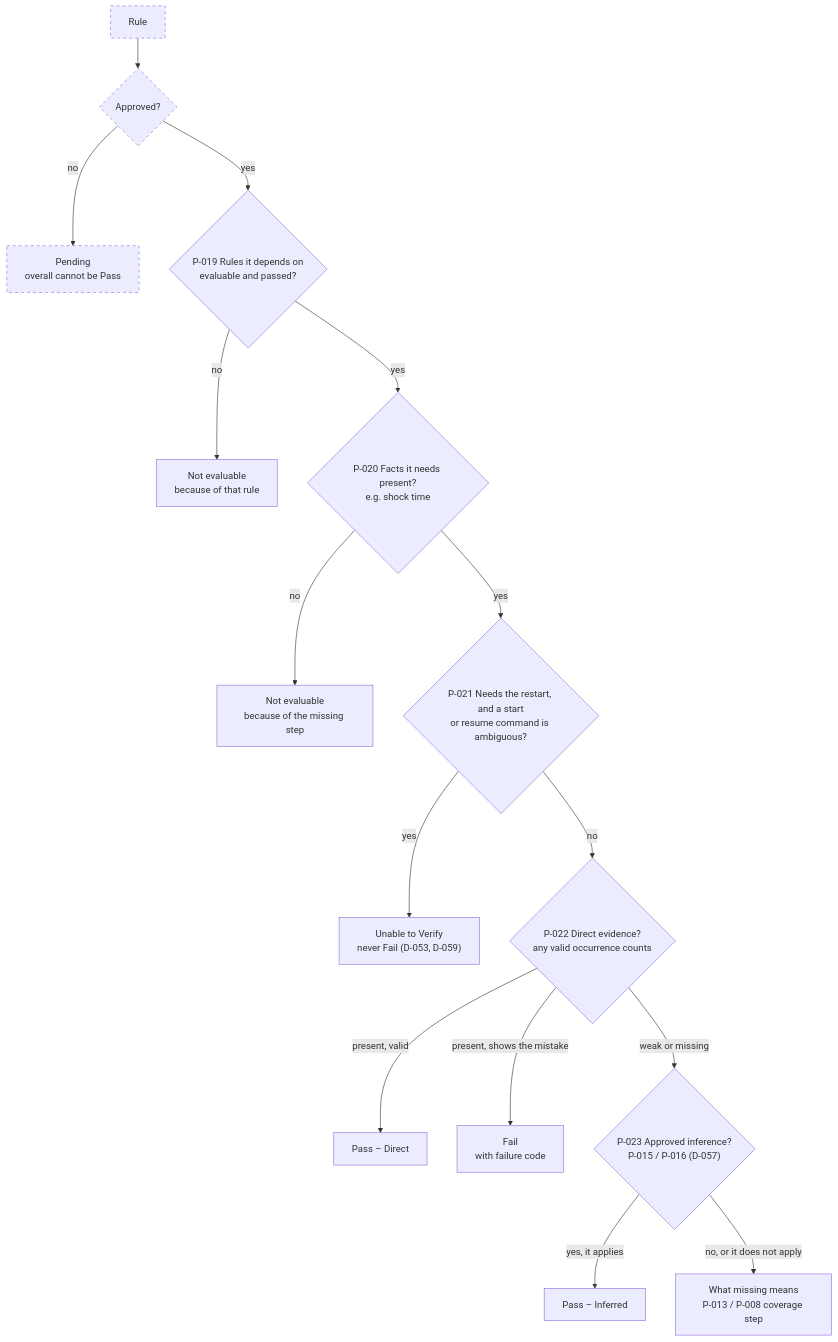
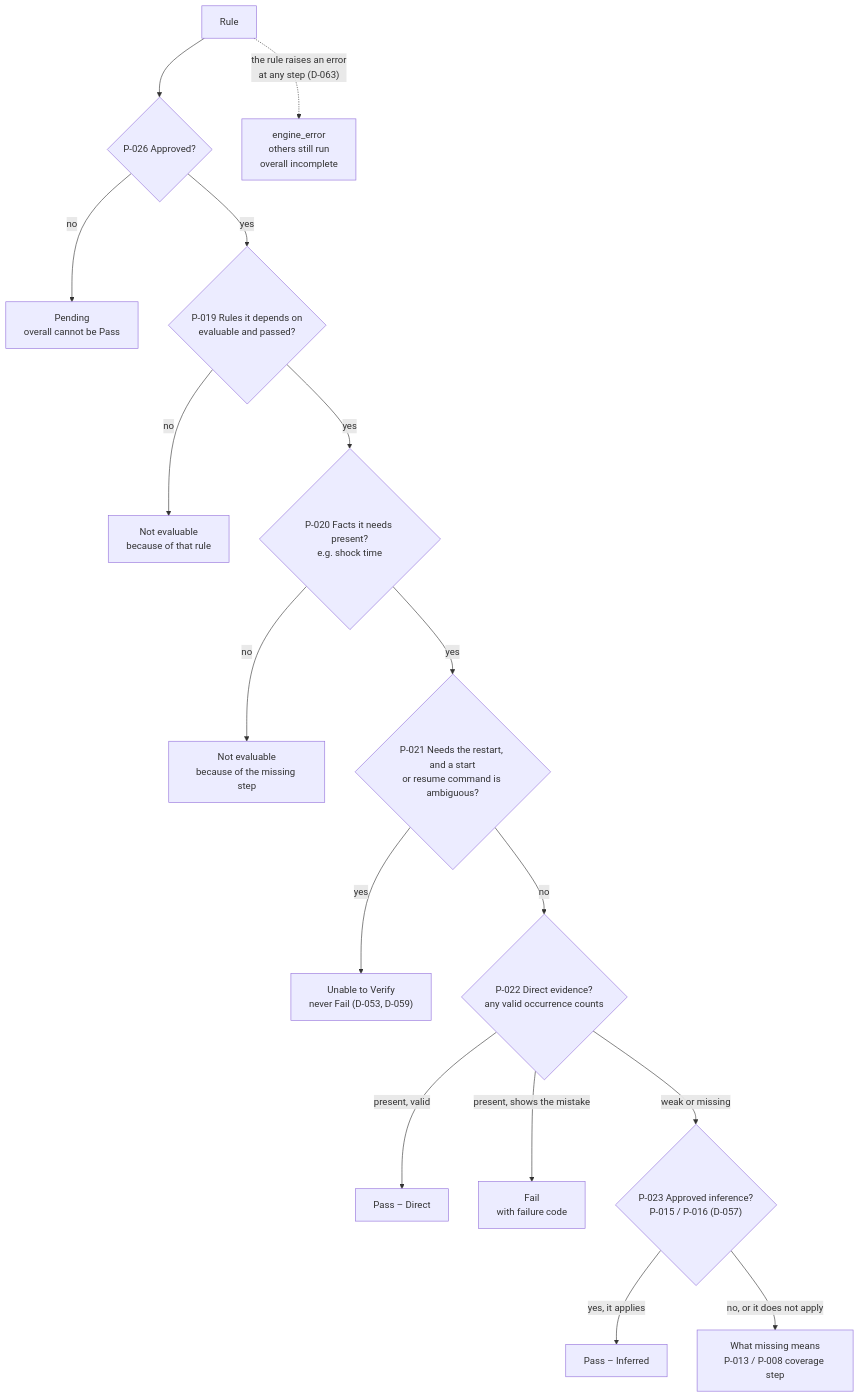
One commit to ananthu65/defibrillator_research changed the third of 8 diagrams in docs/rule_engine/diagrams.md. Above: the diagram before and after it, drawn with Mermaid. The commit also changed other lines of this file and 17 other files, not shown here.

````diff
--- a/docs/rule_engine/diagrams.md
+++ b/docs/rule_engine/diagrams.md
@@ -63,19 +63,18 @@
 ```mermaid
 flowchart TD
-    S["Rule"] --> P1{"Approved?"}
+    S["Rule"] --> P1{"P-026 Approved?"}
     P1 -->|no| R0["Pending<br/>overall cannot be Pass"]
     P1 -->|yes| P2{"P-019 Rules it depends on<br/>evaluable and passed?"}
     P2 -->|no| R1["Not evaluable<br/>because of that rule"]
     P2 -->|yes| P3{"P-020 Facts it needs present?<br/>e.g. shock time"}
     P3 -->|no| R2["Not evaluable<br/>because of the missing step"]
     P3 -->|yes| PA{"P-021 Needs the restart, and a start<br/>or resume command is ambiguous?"}
     PA -->|yes| RA["Unable to Verify<br/>never Fail (D-053, D-059)"]
     PA -->|no| P4{"P-022 Direct evidence?<br/>any valid occurrence counts"}
     P4 -->|present, valid| R3["Pass – Direct"]
     P4 -->|present, shows the mistake| R4["Fail<br/>with failure code"]
     P4 -->|weak or missing| P5{"P-023 Approved inference?<br/>P-015 / P-016 (D-057)"}
     P5 -->|yes, it applies| R5["Pass – Inferred"]
     P5 -->|no, or it does not apply| M["What missing means<br/>P-013 / P-008 coverage step"]
-    classDef planned stroke-dasharray: 5 5
-    class S,P1,R0 planned
+    S -.->|"the rule raises an error<br/>at any step (D-063)"| EE["engine_error<br/>others still run<br/>overall incomplete"]
 ```
````
